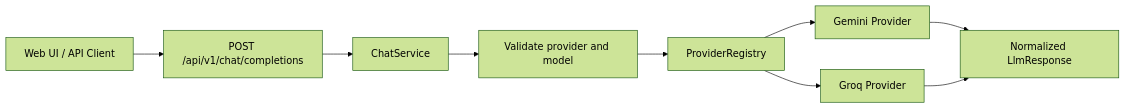
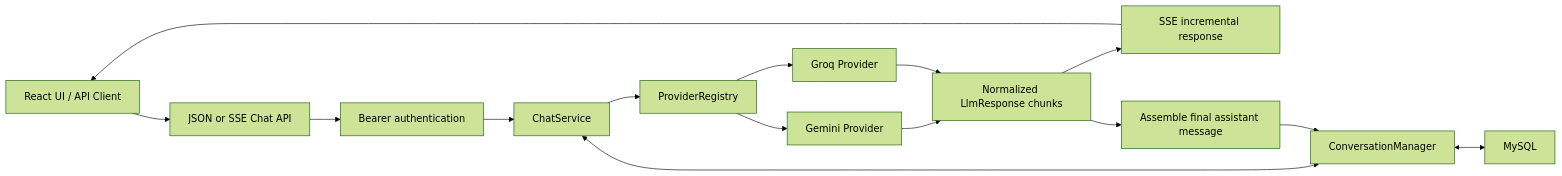
One commit to from-import/ai-platform changed the diagram in README.md. Above: the diagram before and after it, drawn with Mermaid (forest theme). The commit also changed other lines of this file, not shown here.

````diff
--- a/README.md
+++ b/README.md
@@ -33,11 +38,17 @@
 ```mermaid
 flowchart LR
-    Client["Web UI / API Client"] --> API["POST /api/v1/chat/completions"]
-    API --> Service["ChatService"]
-    Service --> Model["Validate provider and model"]
-    Model --> Registry["ProviderRegistry"]
+    Client["React UI / API Client"] --> API["JSON or SSE Chat API"]
+    API --> Auth["Bearer authentication"]
+    Auth --> Service["ChatService"]
+    Service <--> History["ConversationManager"]
+    History <--> MySQL["MySQL"]
+    Service --> Registry["ProviderRegistry"]
     Registry --> Gemini["Gemini Provider"]
     Registry --> Groq["Groq Provider"]
-    Gemini --> Response["Normalized LlmResponse"]
-    Groq --> Response
+    Gemini --> Chunks["Normalized LlmResponse chunks"]
+    Groq --> Chunks
+    Chunks --> SSE["SSE incremental response"]
+    Chunks --> Assembly["Assemble final assistant message"]
+    Assembly --> History
+    SSE --> Client
 ```
````
